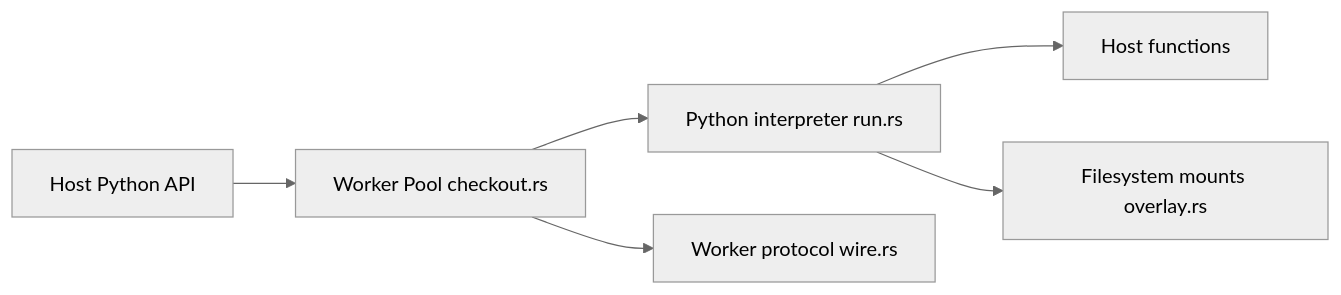
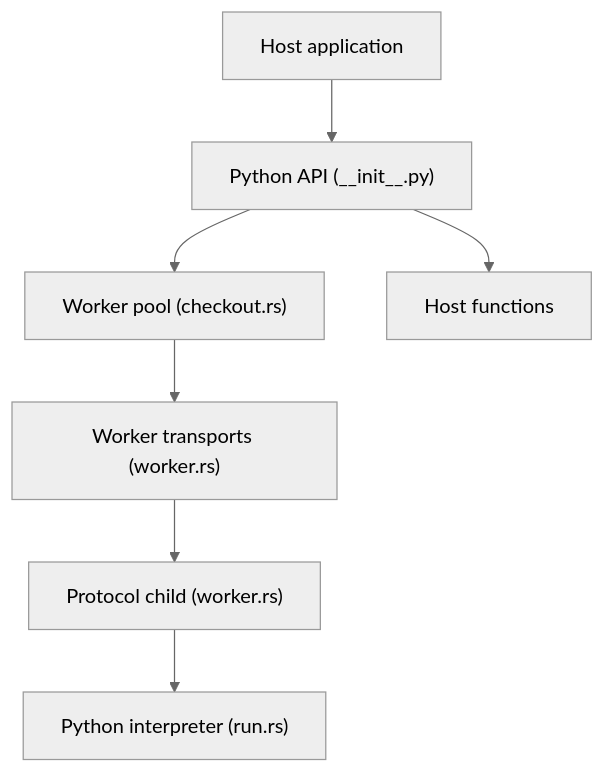
One commit to floSa/Veille-Repo changed the diagram in veille/.data/fiches/pydantic__monty.md. Above: the diagram before and after it, drawn with Mermaid (neutral theme). The commit also changed other lines of this file and 1330 other files, not shown here.

First line of the commit message:
Mise à jour du catalogue : 7723 fiches, 7291 diagrammes

````diff
--- a/veille/.data/fiches/pydantic__monty.md
+++ b/veille/.data/fiches/pydantic__monty.md
@@ -27,8 +27,9 @@
 ```mermaid
-flowchart LR
-  H["Host Python API"] --> P["Worker Pool checkout.rs"]
-  P --> I["Python interpreter run.rs"]
-  I --> F["Host functions"]
-  I --> M["Filesystem mounts overlay.rs"]
-  P --> W["Worker protocol wire.rs"]
+flowchart TD
+  H["Host application"] --> PY["Python API (__init__.py)"]
+  PY --> POOL["Worker pool (checkout.rs)"]
+  POOL --> WK["Worker transports (worker.rs)"]
+  WK --> PR["Protocol child (worker.rs)"]
+  PR --> ENG["Python interpreter (run.rs)"]
+  PY --> FN["Host functions"]
 ```
````
